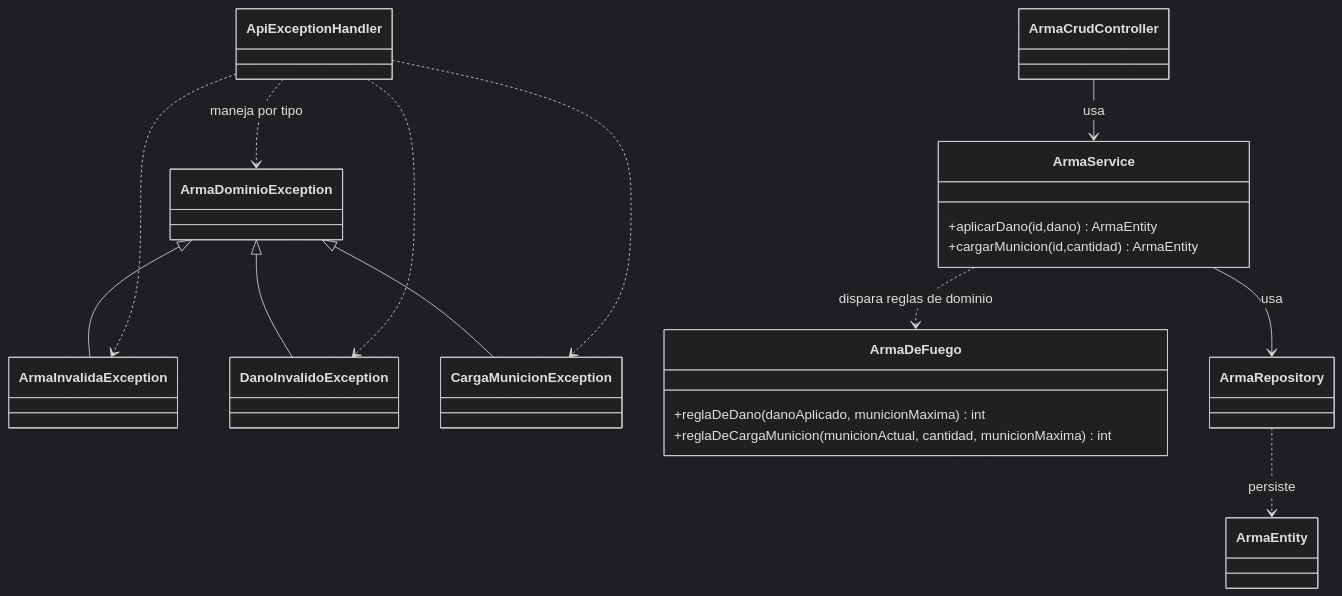
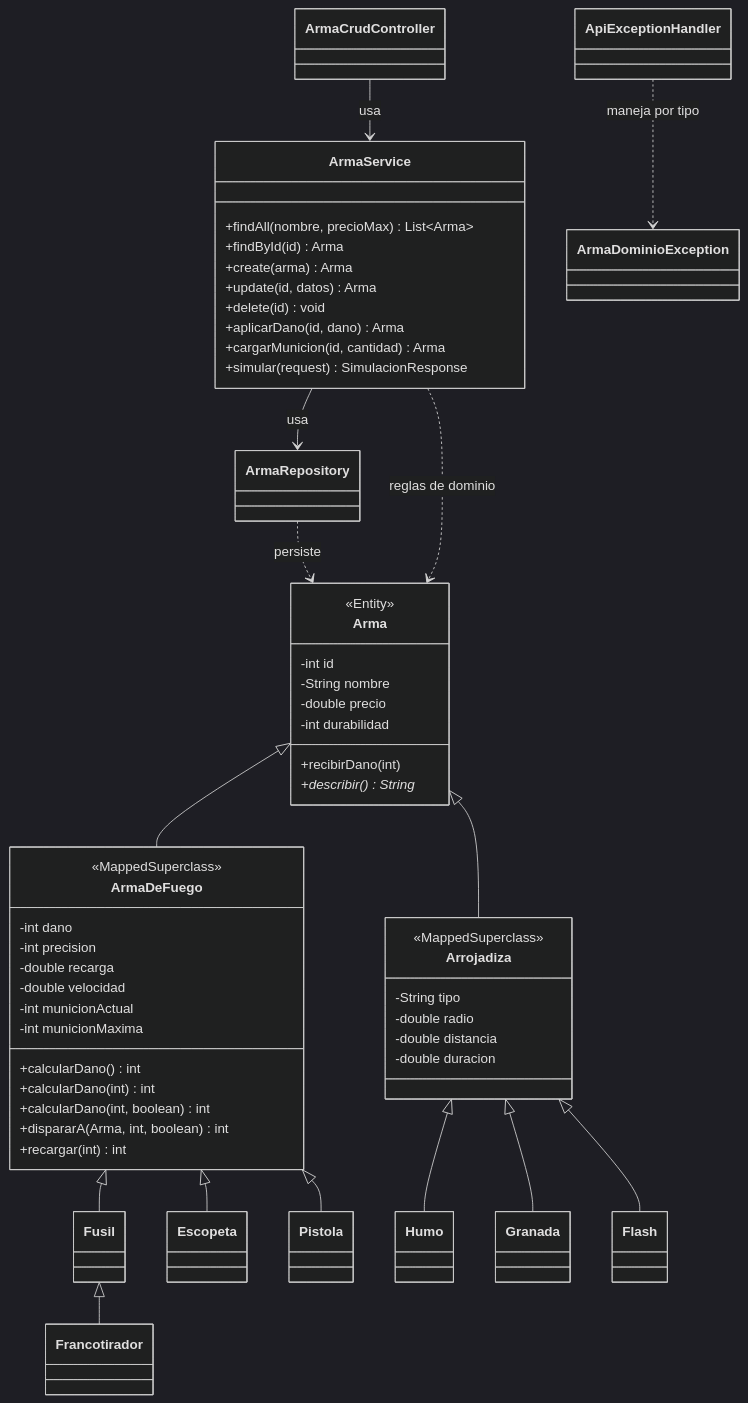
Before and after one commit to MauricioPecci/MPecci-tplp3-2026: the diagram in README.md, drawn with Mermaid (dark theme). The commit also changed other lines of this file and 2 other files, not shown here.

````diff
--- a/README.md
+++ b/README.md
@@ -84,32 +247,62 @@
 ```mermaid
 classDiagram
-    class ArmaDominioException
-    class ArmaInvalidaException
-    class DanoInvalidoException
-    class CargaMunicionException
-    ArmaDominioException <|-- ArmaInvalidaException
-    ArmaDominioException <|-- DanoInvalidoException
-    ArmaDominioException <|-- CargaMunicionException
+    class Arma {
+        <<Entity>>
+        -int id
+        -String nombre
+        -double precio
+        -int durabilidad
+        +recibirDano(int)
+        +describir()* String
+    }
+    class ArmaDeFuego {
+        <<MappedSuperclass>>
+        -int dano
+        -int precision
+        -double recarga
+        -double velocidad
+        -int municionActual
+        -int municionMaxima
+        +calcularDano() int
+        +calcularDano(int) int
+        +calcularDano(int, boolean) int
+        +dispararA(Arma, int, boolean) int
+        +recargar(int) int
+    }
+    class Arrojadiza {
+        <<MappedSuperclass>>
+        -String tipo
+        -double radio
+        -double distancia
+        -double duracion
+    }
+    Arma <|-- ArmaDeFuego
+    Arma <|-- Arrojadiza
+    ArmaDeFuego <|-- Fusil
+    ArmaDeFuego <|-- Escopeta
+    ArmaDeFuego <|-- Pistola
+    Fusil <|-- Francotirador
+    Arrojadiza <|-- Humo
+    Arrojadiza <|-- Granada
+    Arrojadiza <|-- Flash
 
-    class ArmaDeFuego {
-        +reglaDeDano(danoAplicado, municionMaxima) int
-        +reglaDeCargaMunicion(municionActual, cantidad, municionMaxima) int
-    }
-    class ArmaEntity
     class ArmaRepository
     class ArmaService {
-        +aplicarDano(id,dano) ArmaEntity
-        +cargarMunicion(id,cantidad) ArmaEntity
+        +findAll(nombre, precioMax) List~Arma~
+        +findById(id) Arma
+        +create(arma) Arma
+        +update(id, datos) Arma
+        +delete(id) void
+        +aplicarDano(id, dano) Arma
+        +cargarMunicion(id, cantidad) Arma
+        +simular(request) SimulacionResponse
     }
     class ArmaCrudController
     class ApiExceptionHandler
 
-    ArmaRepository ..> ArmaEntity : persiste
+    ArmaRepository ..> Arma : persiste
     ArmaService --> ArmaRepository : usa
-    ArmaService ..> ArmaDeFuego : dispara reglas de dominio
+    ArmaService ..> Arma : reglas de dominio
     ArmaCrudController --> ArmaService : usa
     ApiExceptionHandler ..> ArmaDominioException : maneja por tipo
-    ApiExceptionHandler ..> DanoInvalidoException
-    ApiExceptionHandler ..> CargaMunicionException
-    ApiExceptionHandler ..> ArmaInvalidaException
 ```
````
